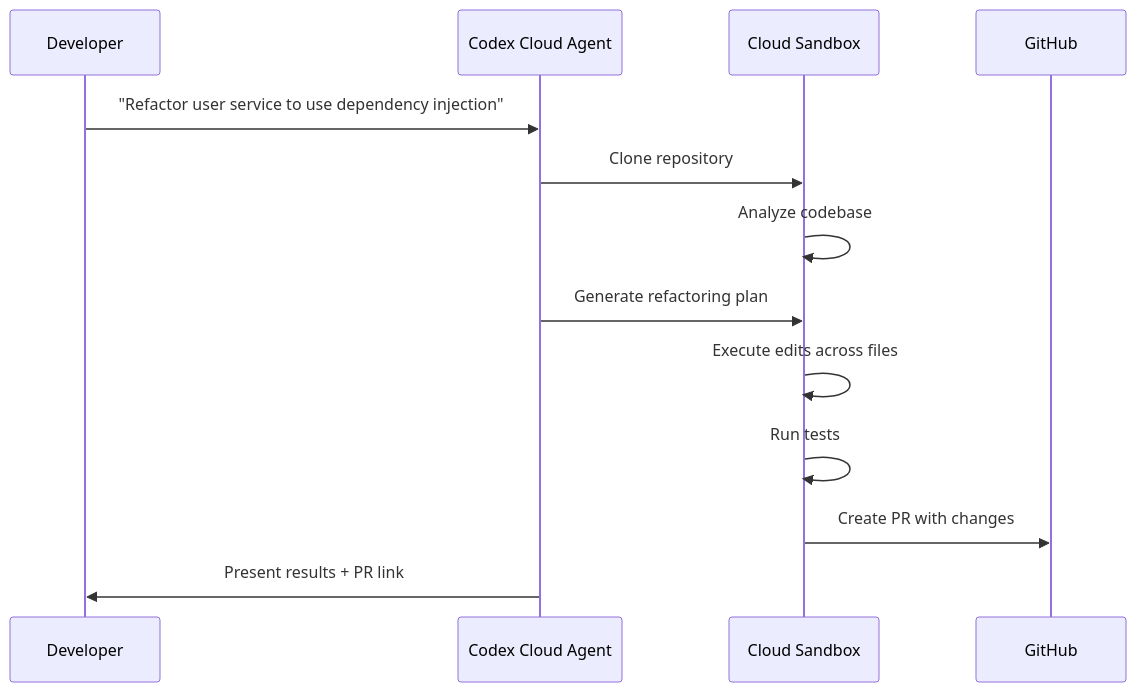
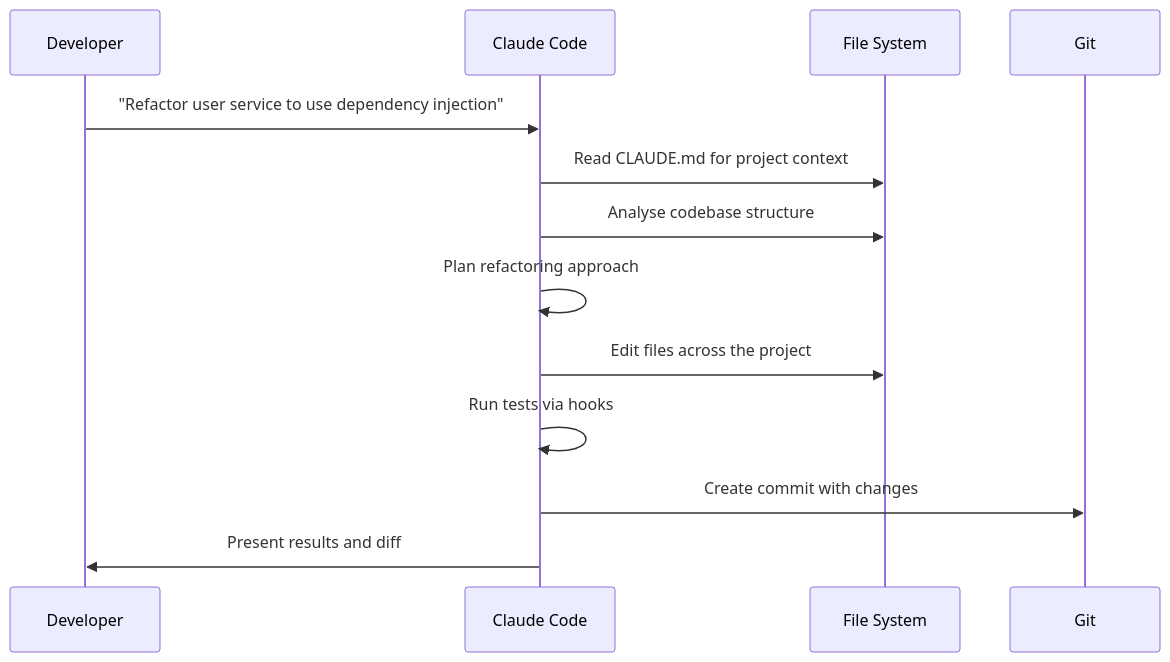
The second of 3 diagrams in public/data/workshops/workshop-06-codex/01_understanding_the_codex_ecosystem.md (DreamLab-AI/dreamlab-ai-website), drawn with Mermaid before and after one commit. The commit also changed other lines of this file and 111 other files, not shown here.

First line of the commit message:
feat(workshops): comprehensive 2026 update + Docker & Claude Code deep dives

````diff
--- a/public/data/workshops/workshop-06-codex/01_understanding_the_codex_ecosystem.md
+++ b/public/data/workshops/workshop-06-codex/01_understanding_the_codex_ecosystem.md
@@ -90,16 +89,16 @@
 ```mermaid
 sequenceDiagram
     participant Dev as Developer
-    participant Cloud as Codex Cloud Agent
-    participant Sandbox as Cloud Sandbox
-    participant Git as GitHub
+    participant CC as Claude Code
+    participant FS as File System
+    participant Git as Git
 
-    Dev->>Cloud: "Refactor user service to use dependency injection"
-    Cloud->>Sandbox: Clone repository
-    Sandbox->>Sandbox: Analyze codebase
-    Cloud->>Sandbox: Generate refactoring plan
-    Sandbox->>Sandbox: Execute edits across files
-    Sandbox->>Sandbox: Run tests
-    Sandbox->>Git: Create PR with changes
-    Cloud->>Dev: Present results + PR link
+    Dev->>CC: "Refactor user service to use dependency injection"
+    CC->>FS: Read CLAUDE.md for project context
+    CC->>FS: Analyse codebase structure
+    CC->>CC: Plan refactoring approach
+    CC->>FS: Edit files across the project
+    CC->>CC: Run tests via hooks
+    CC->>Git: Create commit with changes
+    CC->>Dev: Present results and diff
 ```
````
